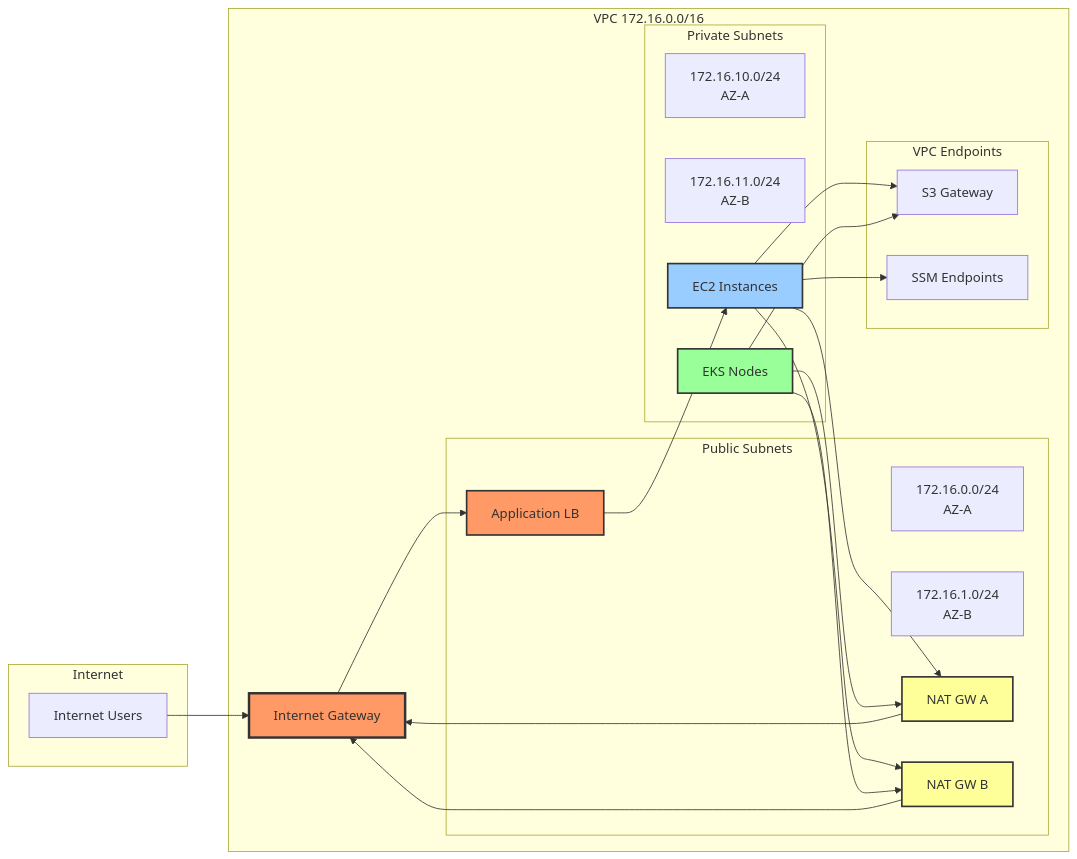
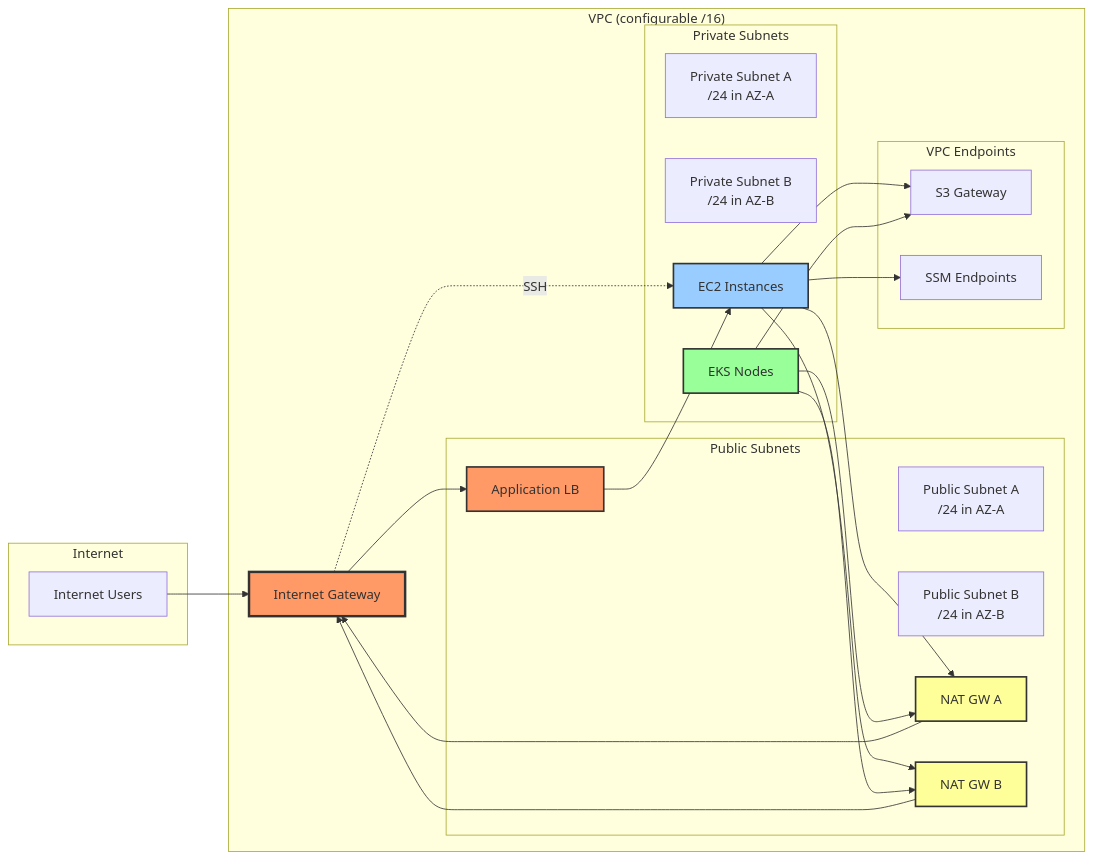
Before and after one commit to linkrage/devops-iac1: the second of 8 diagrams in README.md, drawn with Mermaid. The commit also changed other lines of this file, not shown here.

````diff
--- a/README.md
+++ b/README.md
@@ -327,50 +335,51 @@
 ```mermaid
 graph LR
     subgraph "Internet"
         Users[Internet Users]
     end
 
-    subgraph "VPC 172.16.0.0/16"
+    subgraph "VPC (configurable /16)"
         IGW[Internet Gateway]
 
         subgraph "Public Subnets"
-            PubA[172.16.0.0/24<br/>AZ-A]
-            PubB[172.16.1.0/24<br/>AZ-B]
+            PubA[Public Subnet A<br/>/24 in AZ-A]
+            PubB[Public Subnet B<br/>/24 in AZ-B]
             NATA[NAT GW A]
             NATB[NAT GW B]
             ALB[Application LB]
         end
 
         subgraph "Private Subnets"
-            PrivA[172.16.10.0/24<br/>AZ-A]
-            PrivB[172.16.11.0/24<br/>AZ-B]
+            PrivA[Private Subnet A<br/>/24 in AZ-A]
+            PrivB[Private Subnet B<br/>/24 in AZ-B]
             EC2[EC2 Instances]
             EKS[EKS Nodes]
         end
 
         subgraph "VPC Endpoints"
             S3EP[S3 Gateway]
             SSMEP[SSM Endpoints]
         end
     end
 
     Users --> IGW
     IGW --> ALB
+    IGW -.SSH.-> EC2
     ALB --> EC2
     EC2 --> NATA
     EC2 --> NATB
     EKS --> NATA
     EKS --> NATB
     NATA --> IGW
     NATB --> IGW
     EC2 --> S3EP
     EC2 --> SSMEP
     EKS --> S3EP
 
     style IGW fill:#f96,stroke:#333,stroke-width:3px
     style ALB fill:#f96,stroke:#333,stroke-width:2px
     style EC2 fill:#9cf,stroke:#333,stroke-width:2px
     style EKS fill:#9f9,stroke:#333,stroke-width:2px
     style NATA fill:#ff9,stroke:#333,stroke-width:2px
     style NATB fill:#ff9,stroke:#333,stroke-width:2px
 ```
````
